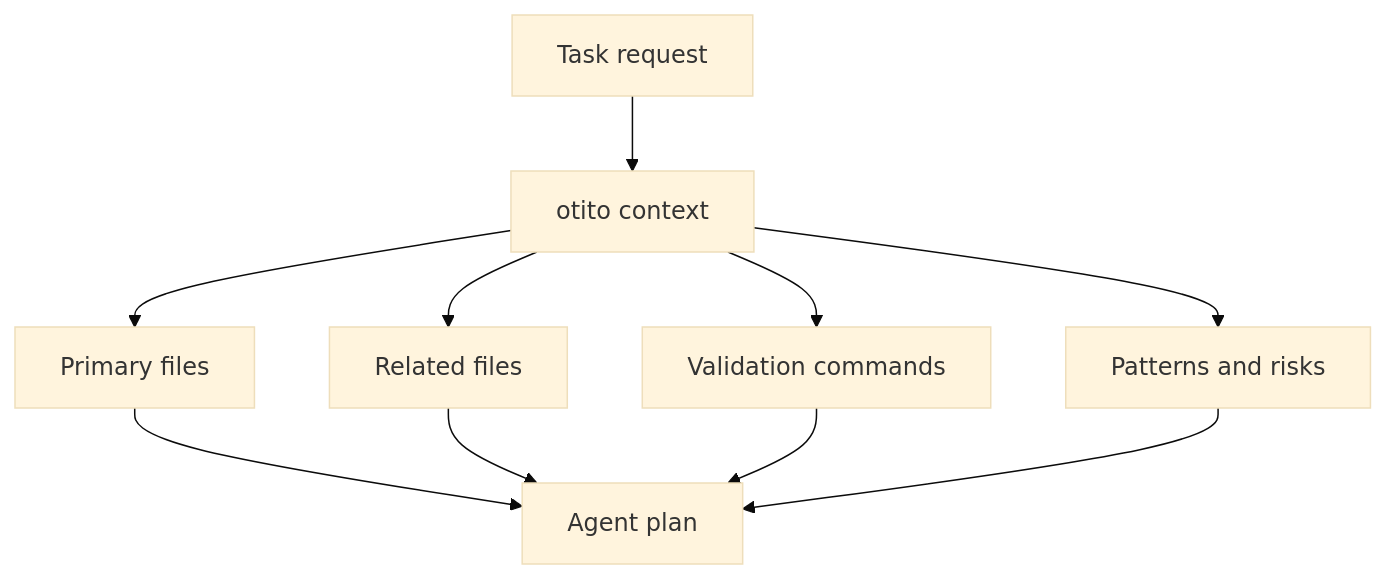
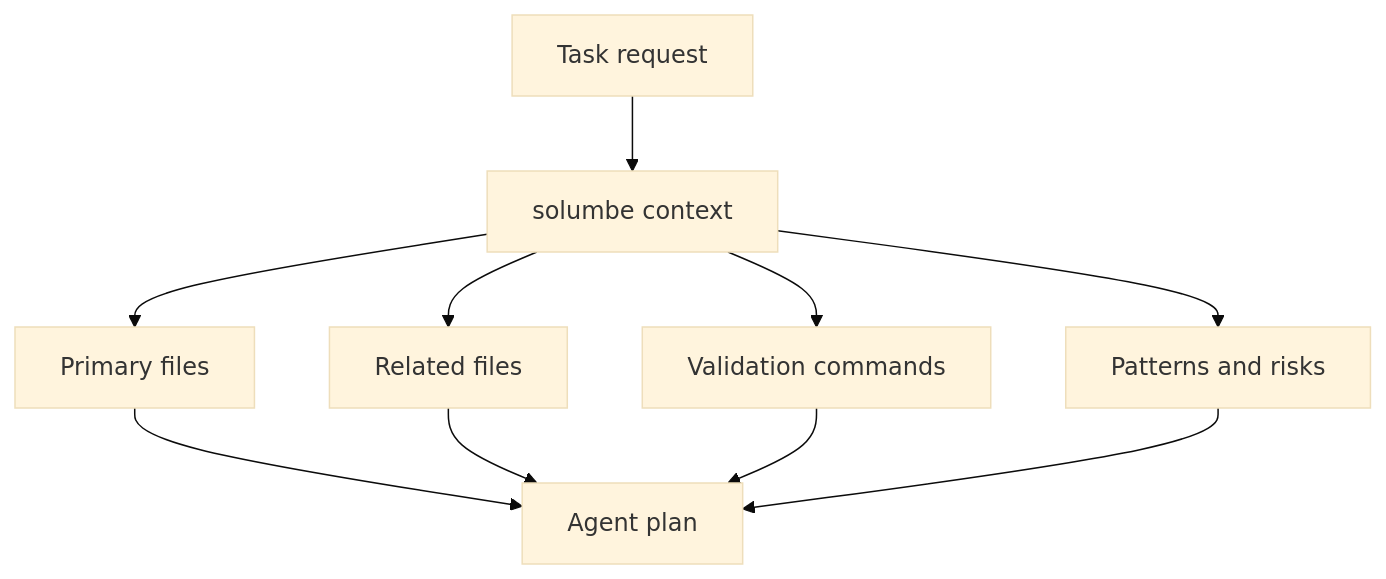
The diagram in docs/01-context-foundation/README.md (BASHBOP/otito), drawn with Mermaid (base theme) before and after one commit. The commit also changed other lines of this file and 198 other files, not shown here.

First line of the commit message:
refactor!: rename otito to Solumbe

````diff
--- a/docs/01-context-foundation/README.md
+++ b/docs/01-context-foundation/README.md
@@ -36,12 +36,12 @@
 ```mermaid
 flowchart TD
-    A[Task request] --> B[otito context]
+    A[Task request] --> B[solumbe context]
     B --> C[Primary files]
     B --> D[Related files]
     B --> E[Validation commands]
     B --> F[Patterns and risks]
     C --> G[Agent plan]
     D --> G
     E --> G
     F --> G
 ```
````
